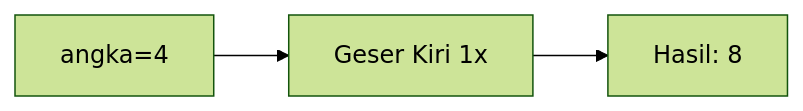
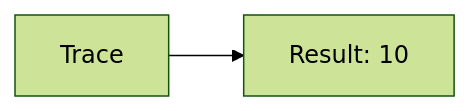
Before and after one commit to amnahwaida/OSNK_INF_PREP: diagram 11 of 25 in part-c-pemahaman-cpp/06-bitwise/latihan/set-10.md, drawn with Mermaid (forest theme). The commit also changed other lines of this file and 71 other files, not shown here.

````diff
--- a/part-c-pemahaman-cpp/06-bitwise/latihan/set-10.md
+++ b/part-c-pemahaman-cpp/06-bitwise/latihan/set-10.md
@@ -321,5 +232,4 @@
 ```mermaid
 graph LR
-A["angka=4"] --> B["Geser Kiri 1x"]
-B --> C["Hasil: 8"]
+A[Trace] --> B[Result: 10]
 ```
````
